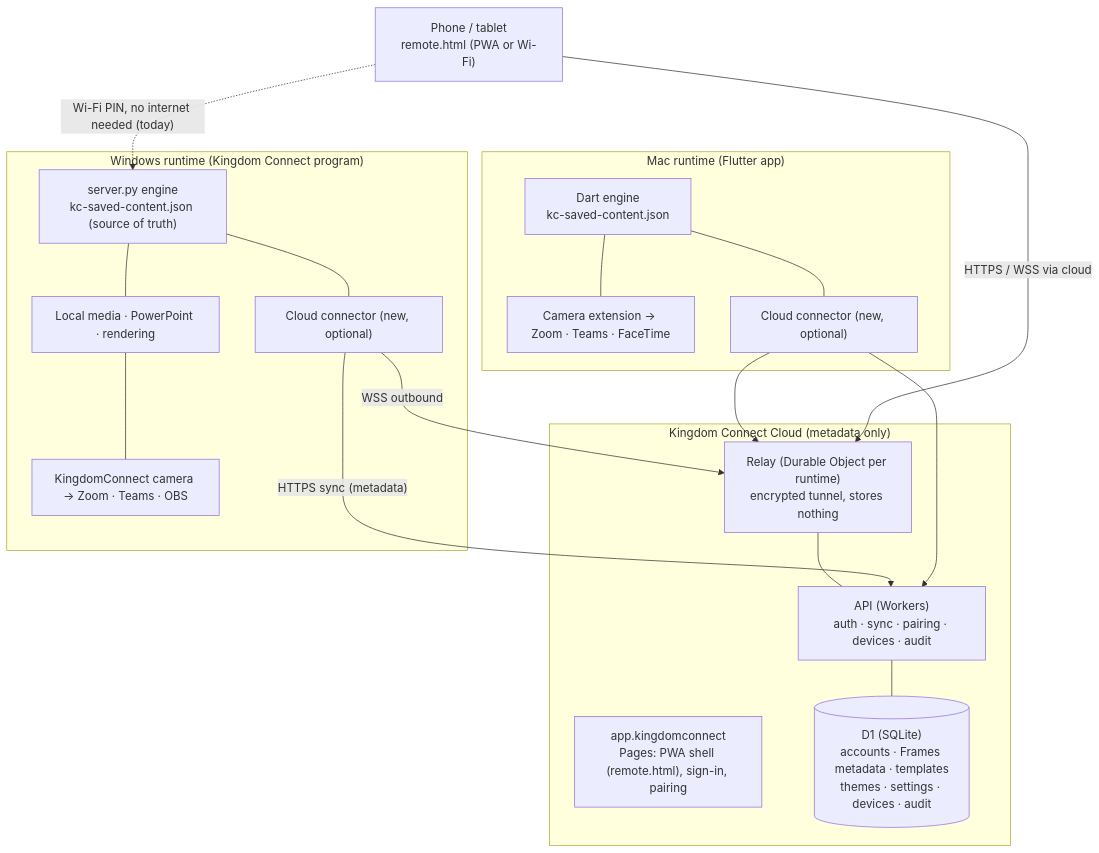
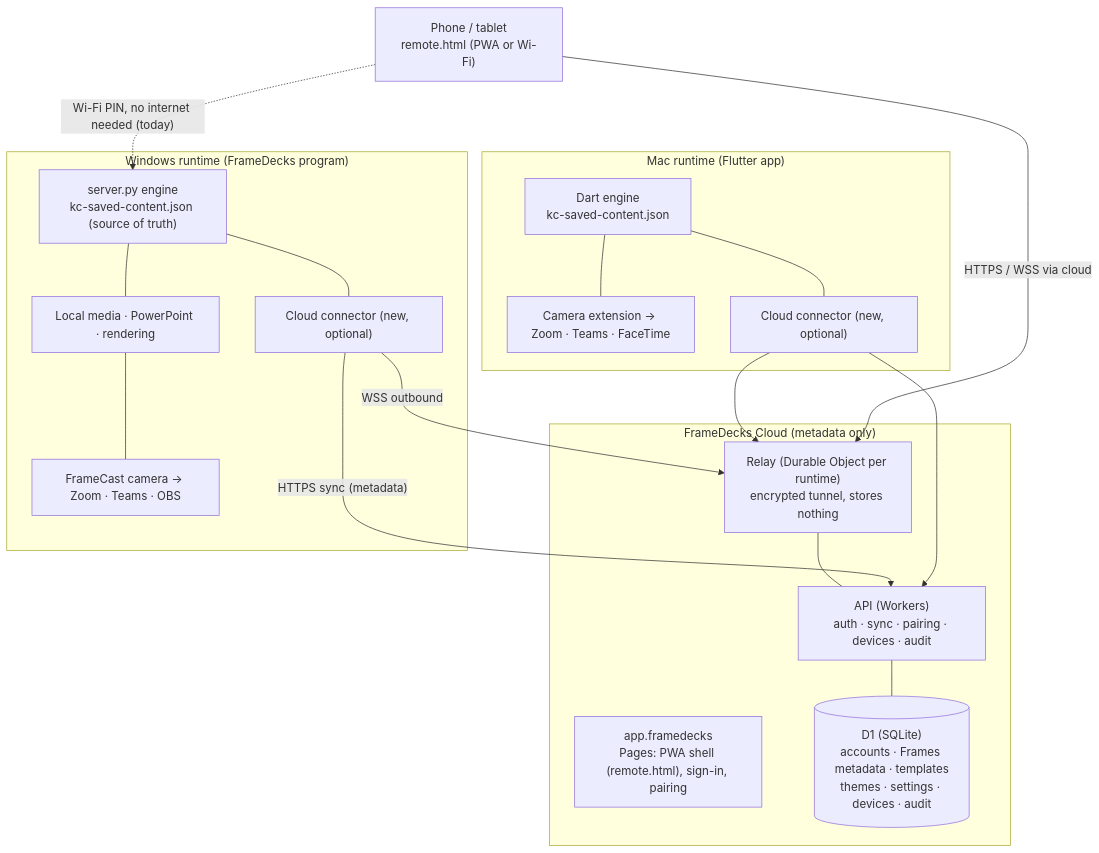
Before and after one commit to mshobin/FrameDecks: the first of 6 diagrams in docs/project/saas-pwa-architecture.md, drawn with Mermaid. The commit also changed other lines of this file, not shown here.

First line of the commit message:
SaaS + PWA architecture: FrameDecks names, Decks in the model and sync, Phase 1 detail

````diff
--- a/docs/project/saas-pwa-architecture.md
+++ b/docs/project/saas-pwa-architecture.md
@@ -76,33 +81,33 @@
 ```mermaid
 flowchart TB
-  subgraph Cloud["Kingdom Connect Cloud (metadata only)"]
-    PWA["app.kingdomconnect<br/>Pages: PWA shell (remote.html), sign-in, pairing"]
+  subgraph Cloud["FrameDecks Cloud (metadata only)"]
+    PWA["app.framedecks<br/>Pages: PWA shell (remote.html), sign-in, pairing"]
     API["API (Workers)<br/>auth · sync · pairing · devices · audit"]
     DB[("D1 (SQLite)<br/>accounts · Frames metadata · templates<br/>themes · settings · devices · audit")]
     RELAY["Relay (Durable Object per runtime)<br/>encrypted tunnel, stores nothing"]
     API --- DB
     RELAY --- API
   end
-  subgraph Win["Windows runtime (Kingdom Connect program)"]
+  subgraph Win["Windows runtime (FrameDecks program)"]
     ENG["server.py engine<br/>kc-saved-content.json (source of truth)"]
     MEDIA["Local media · PowerPoint · rendering"]
-    CAM["KingdomConnect camera → Zoom · Teams · OBS"]
+    CAM["FrameCast camera → Zoom · Teams · OBS"]
     CONN["Cloud connector (new, optional)"]
     ENG --- MEDIA --- CAM
     ENG --- CONN
   end
   subgraph Mac["Mac runtime (Flutter app)"]
     MENG["Dart engine<br/>kc-saved-content.json"]
     MCAM["Camera extension → Zoom · Teams · FaceTime"]
     MCONN["Cloud connector (new, optional)"]
     MENG --- MCAM
     MENG --- MCONN
   end
   Phone["Phone / tablet<br/>remote.html (PWA or Wi-Fi)"]
   CONN -- "HTTPS sync (metadata)" --> API
   CONN -- "WSS outbound" --> RELAY
   MCONN --> API
   MCONN --> RELAY
   Phone -- "HTTPS / WSS via cloud" --> RELAY
   Phone -. "Wi-Fi PIN, no internet needed (today)" .-> ENG
 ```
````
